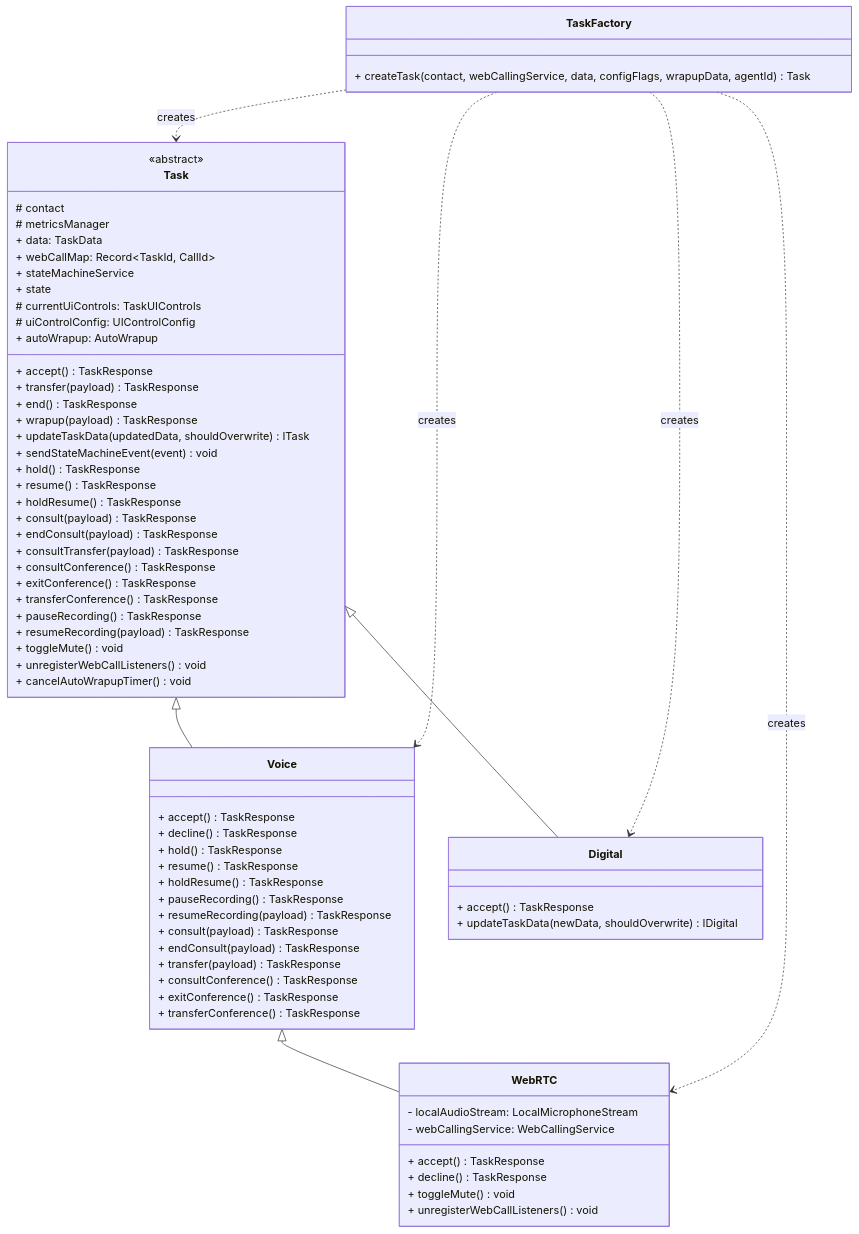
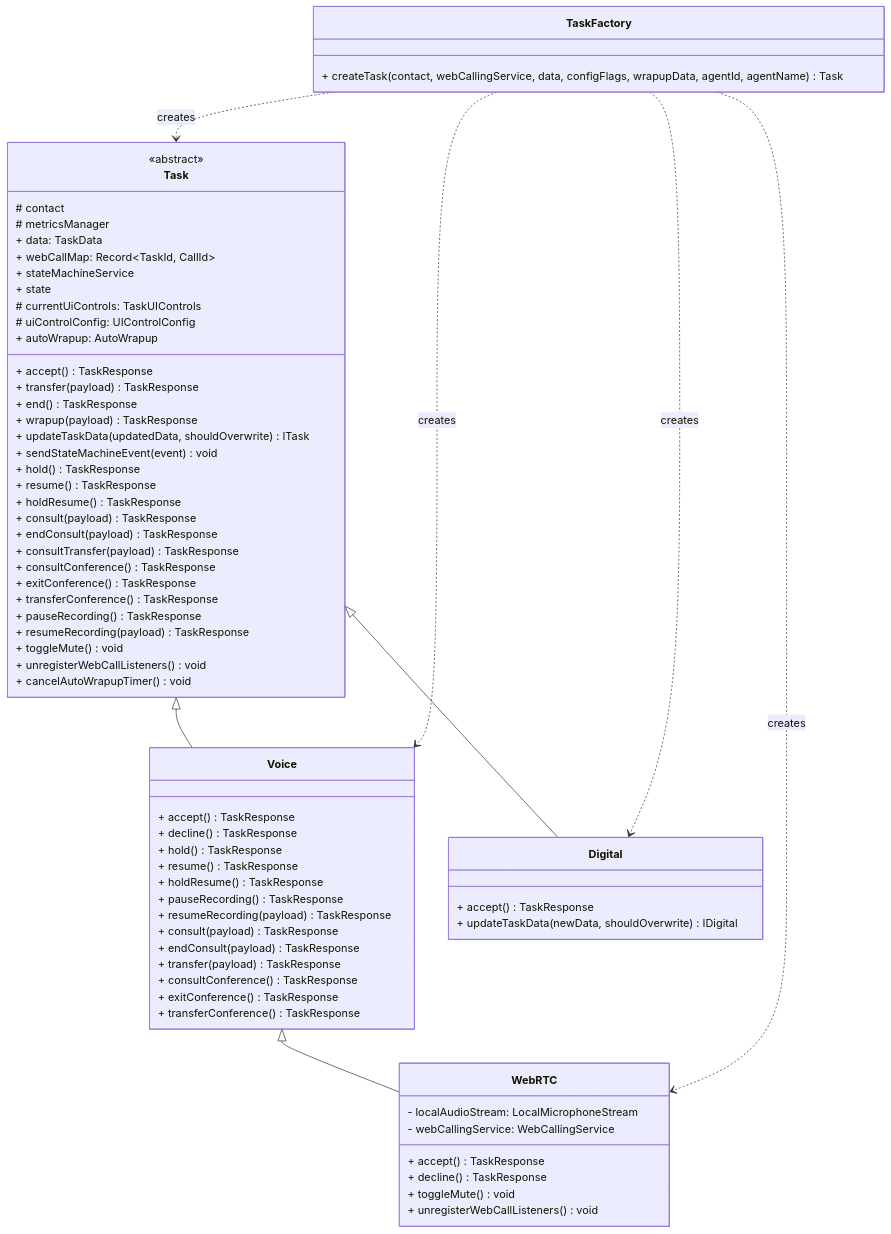
The ninth of 10 diagrams in packages/@webex/contact-center/src/services/task/ai-docs/task-spec.md (webex/webex-js-sdk), drawn with Mermaid before and after one commit. The commit also changed other lines of this file and 34 other files, not shown here.

````diff
--- a/packages/@webex/contact-center/src/services/task/ai-docs/task-spec.md
+++ b/packages/@webex/contact-center/src/services/task/ai-docs/task-spec.md
@@ -1166,78 +1191,78 @@
 ```mermaid
 classDiagram
     class Task {
       <<abstract>>
       # contact
       # metricsManager
       + data: TaskData
       + webCallMap: Record~TaskId, CallId~
       + stateMachineService
       + state
       # currentUiControls: TaskUIControls
       # uiControlConfig: UIControlConfig
       + autoWrapup: AutoWrapup
       + accept() TaskResponse
       + transfer(payload) TaskResponse
       + end() TaskResponse
       + wrapup(payload) TaskResponse
       + updateTaskData(updatedData, shouldOverwrite) ITask
       + sendStateMachineEvent(event) void
       + hold() TaskResponse
       + resume() TaskResponse
       + holdResume() TaskResponse
       + consult(payload) TaskResponse
       + endConsult(payload) TaskResponse
       + consultTransfer(payload) TaskResponse
       + consultConference() TaskResponse
       + exitConference() TaskResponse
       + transferConference() TaskResponse
       + pauseRecording() TaskResponse
       + resumeRecording(payload) TaskResponse
       + toggleMute() void
       + unregisterWebCallListeners() void
       + cancelAutoWrapupTimer() void
     }
 
     class Voice {
       + accept() TaskResponse
       + decline() TaskResponse
       + hold() TaskResponse
       + resume() TaskResponse
       + holdResume() TaskResponse
       + pauseRecording() TaskResponse
       + resumeRecording(payload) TaskResponse
       + consult(payload) TaskResponse
       + endConsult(payload) TaskResponse
       + transfer(payload) TaskResponse
       + consultConference() TaskResponse
       + exitConference() TaskResponse
       + transferConference() TaskResponse
     }
 
     class WebRTC {
       - localAudioStream: LocalMicrophoneStream
       - webCallingService: WebCallingService
       + accept() TaskResponse
       + decline() TaskResponse
       + toggleMute() void
       + unregisterWebCallListeners() void
     }
 
     class Digital {
       + accept() TaskResponse
       + updateTaskData(newData, shouldOverwrite) IDigital
     }
 
     class TaskFactory {
-      + createTask(contact, webCallingService, data, configFlags, wrapupData, agentId) Task
+      + createTask(contact, webCallingService, data, configFlags, wrapupData, agentId, agentName) Task
     }
 
     Task <|-- Voice
     Voice <|-- WebRTC
     Task <|-- Digital
 
     TaskFactory ..> Task : creates
     TaskFactory ..> Voice : creates
     TaskFactory ..> WebRTC : creates
     TaskFactory ..> Digital : creates
 ```
````
